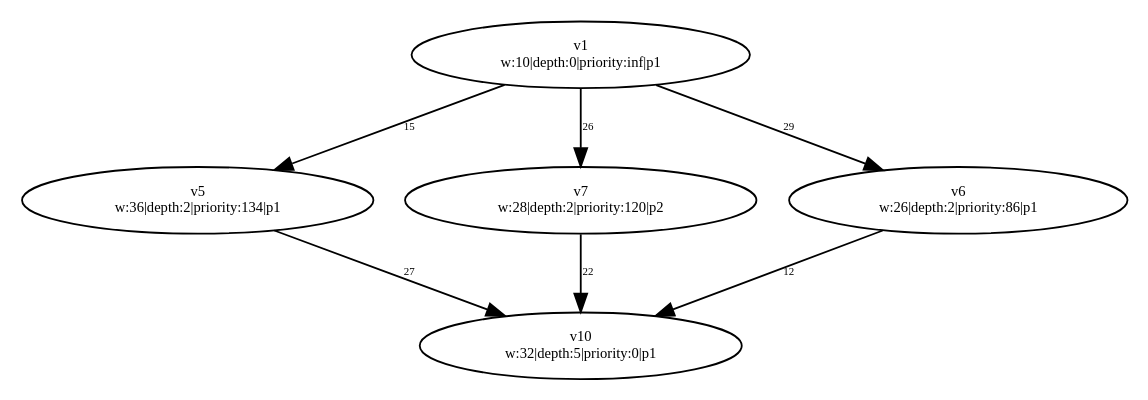
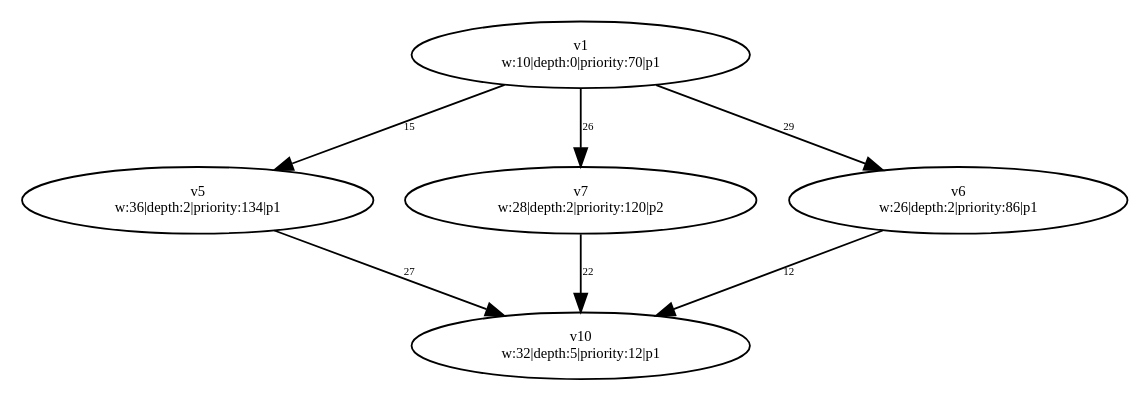
One commit to dexters1/Task-Scheduling-Based-on-Genetic-Algorithms changed the diagram in PythonApplication1/PythonApplication1/test-output/slika_5_Simplified.gv. Above: the diagram before and after it, drawn with Graphviz. The commit also changed 54 other files, not shown here.

```diff
--- a/PythonApplication1/PythonApplication1/test-output/slika_5_Simplified.gv
+++ b/PythonApplication1/PythonApplication1/test-output/slika_5_Simplified.gv
@@ -1,18 +1,18 @@
 digraph {
 	v1 [label="v1
-w:10|depth:0|priority:inf|p1" fontsize=8.0]
+w:10|depth:0|priority:70|p1" fontsize=8.0]
 	v5 [label="v5
 w:36|depth:2|priority:134|p1" fontsize=8.0]
 	v7 [label="v7
 w:28|depth:2|priority:120|p2" fontsize=8.0]
 	v6 [label="v6
 w:26|depth:2|priority:86|p1" fontsize=8.0]
 	v10 [label="v10
-w:32|depth:5|priority:0|p1" fontsize=8.0]
+w:32|depth:5|priority:12|p1" fontsize=8.0]
 	v1 -> v5 [label=15 constraint=true fontsize=6.0]
 	v1 -> v6 [label=29 constraint=true fontsize=6.0]
 	v1 -> v7 [label=26 constraint=true fontsize=6.0]
 	v5 -> v10 [label=27 constraint=true fontsize=6.0]
 	v6 -> v10 [label=12 constraint=true fontsize=6.0]
 	v7 -> v10 [label=22 constraint=true fontsize=6.0]
 }
```
